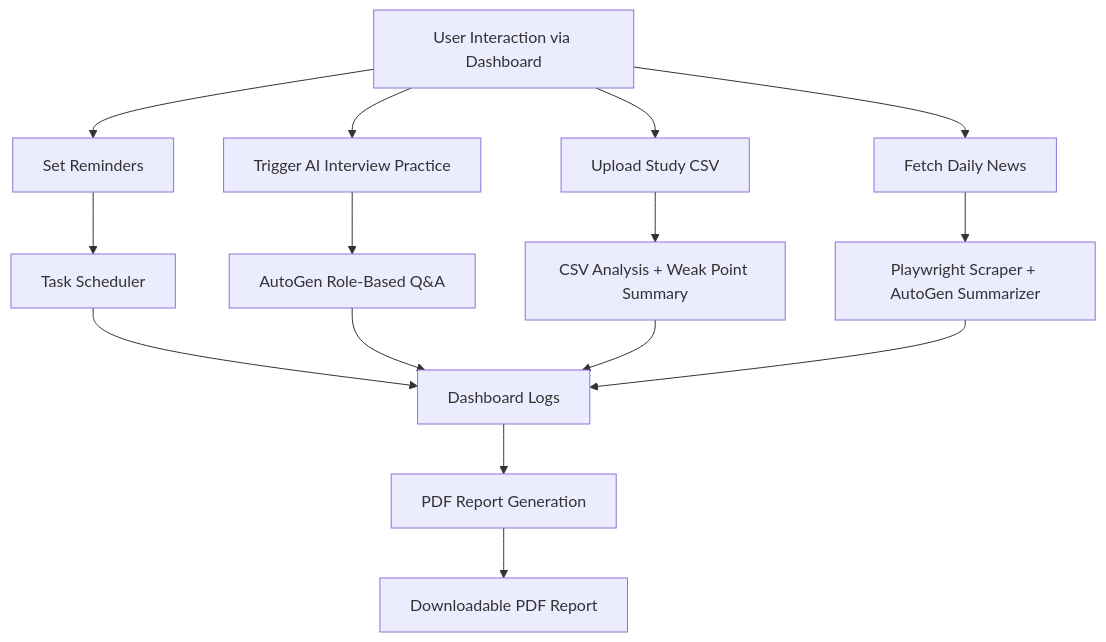
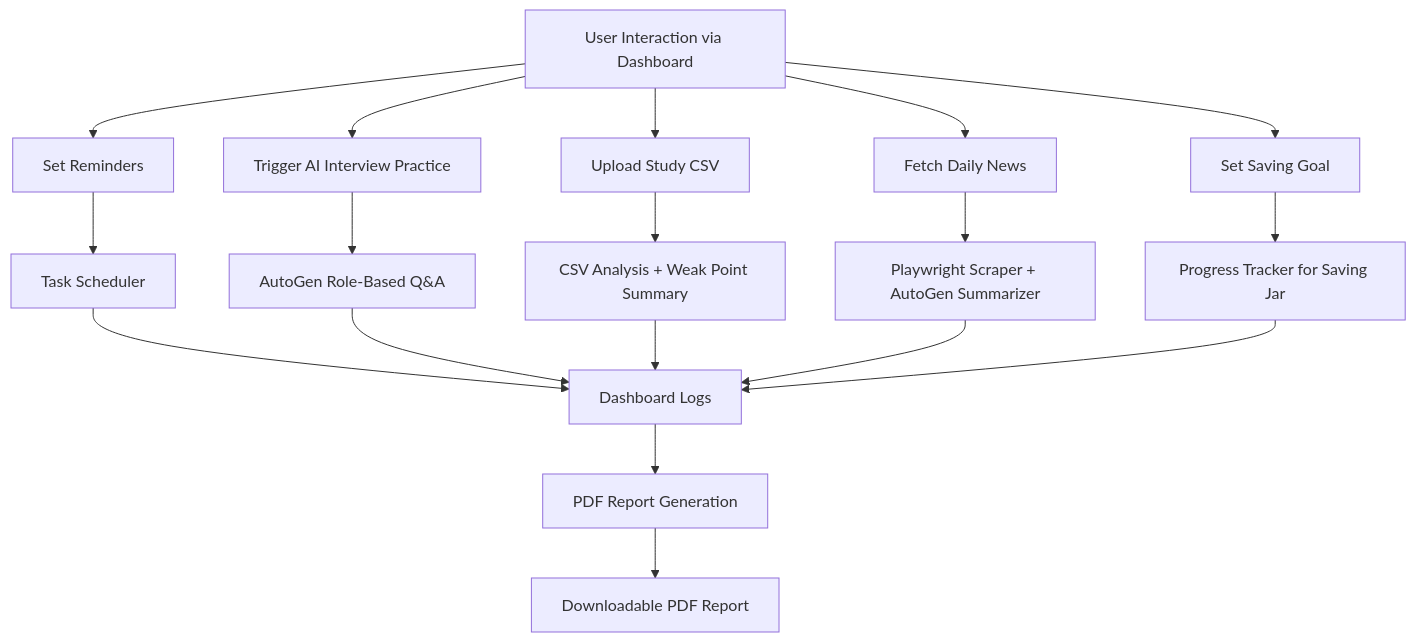
One commit to 41171119H/Data-Structure changed the diagram in autogen/final project proposal/initial proposal.md. Above: the diagram before and after it, drawn with Mermaid. The commit also changed other lines of this file, not shown here.

````diff
--- a/autogen/final project proposal/initial proposal.md
+++ b/autogen/final project proposal/initial proposal.md
@@ -64,20 +66,23 @@
 ```mermaid
 flowchart TD
     A[User Interaction via Dashboard] --> B1[Set Reminders]
     A --> B2[Trigger AI Interview Practice]
     A --> B3[Upload Study CSV]
     A --> B4[Fetch Daily News]
+    A --> B5[Set Saving Goal]
 
     B1 --> C1[Task Scheduler]
     B2 --> C2[AutoGen Role-Based Q&A]
     B3 --> C3[CSV Analysis + Weak Point Summary]
     B4 --> C4[Playwright Scraper + AutoGen Summarizer]
+    B5 --> C5[Progress Tracker for Saving Jar]
 
     C1 --> D[Dashboard Logs]
     C2 --> D
     C3 --> D
     C4 --> D
+    C5 --> D
 
     D --> E[PDF Report Generation]
     E --> F[Downloadable PDF Report]
 ```
````
